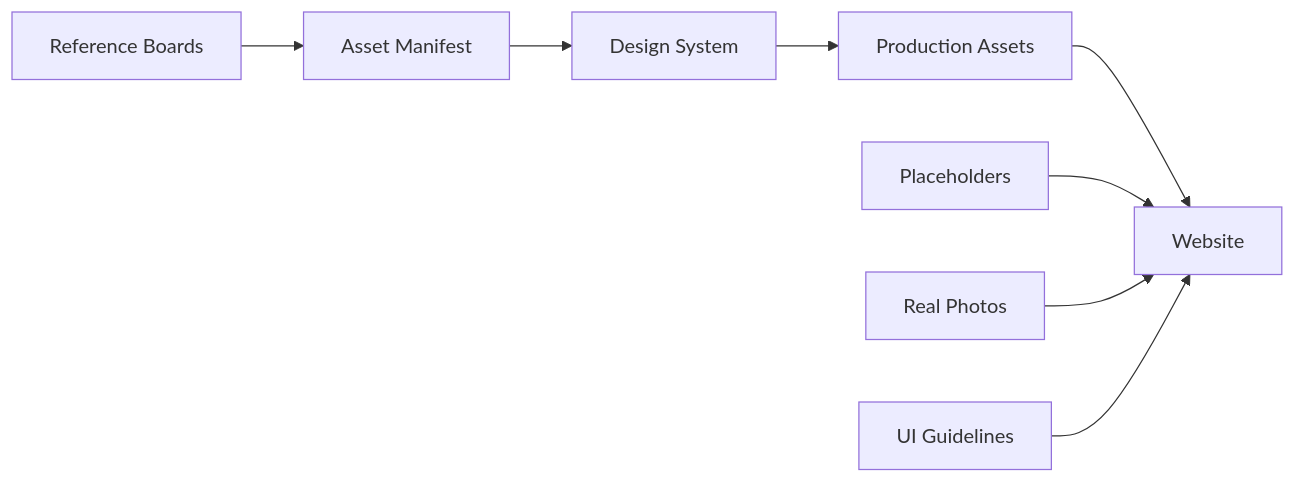
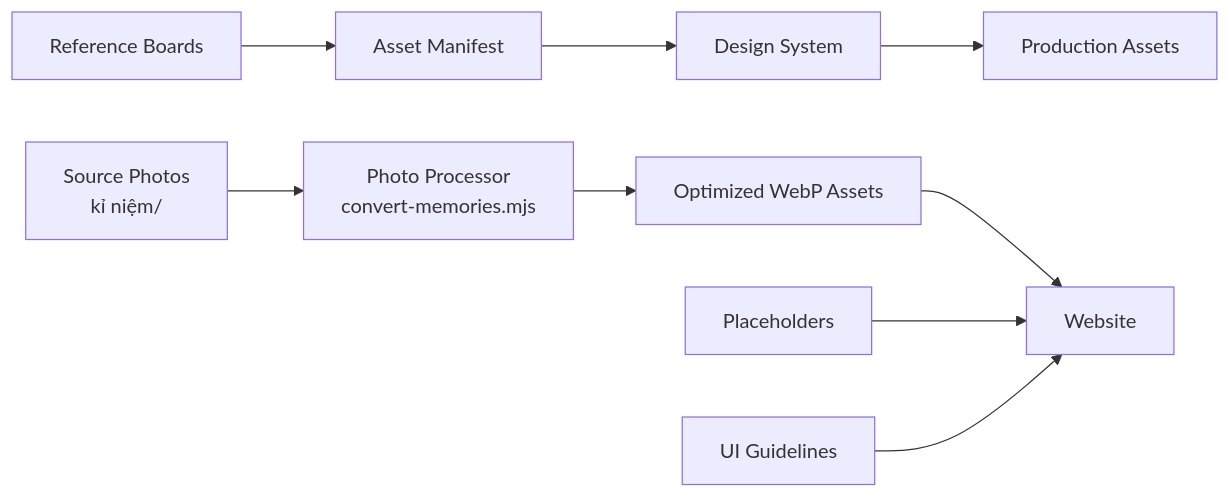
The eighth of 8 diagrams in .qoder/repowiki/en/content/Asset Management and References.md (quangkiet1/anh-xin-loi), drawn with Mermaid before and after one commit. The commit also changed other lines of this file and 13 other files, not shown here.

````diff
--- a/.qoder/repowiki/en/content/Asset Management and References.md
+++ b/.qoder/repowiki/en/content/Asset Management and References.md
@@ -264,10 +340,11 @@
 ```mermaid
 graph LR
 Ref["Reference Boards"] --> Manifest["Asset Manifest"]
 Manifest --> DesignSystem["Design System"]
 DesignSystem --> Production["Production Assets"]
-Production --> Website["Website"]
+SourcePhotos["Source Photos<br/>kỉ niệm/"] --> PhotoProcessor["Photo Processor<br/>convert-memories.mjs"]
+PhotoProcessor --> OptimizedAssets["Optimized WebP Assets"]
+OptimizedAssets --> Website["Website"]
 Placeholders["Placeholders"] --> Website
-RealPhotos["Real Photos"] --> Website
 Guidelines["UI Guidelines"] --> Website
 ```
````
